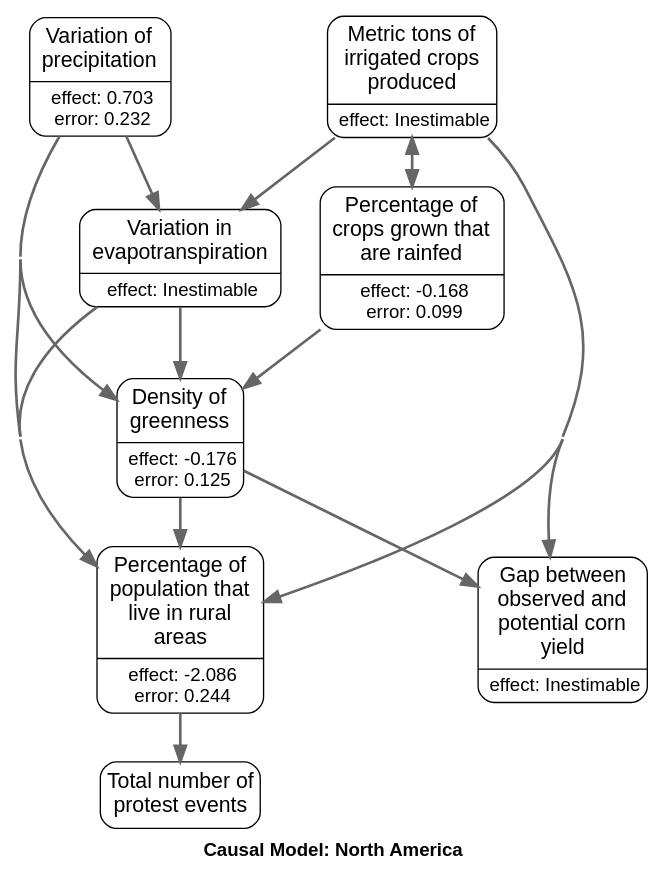
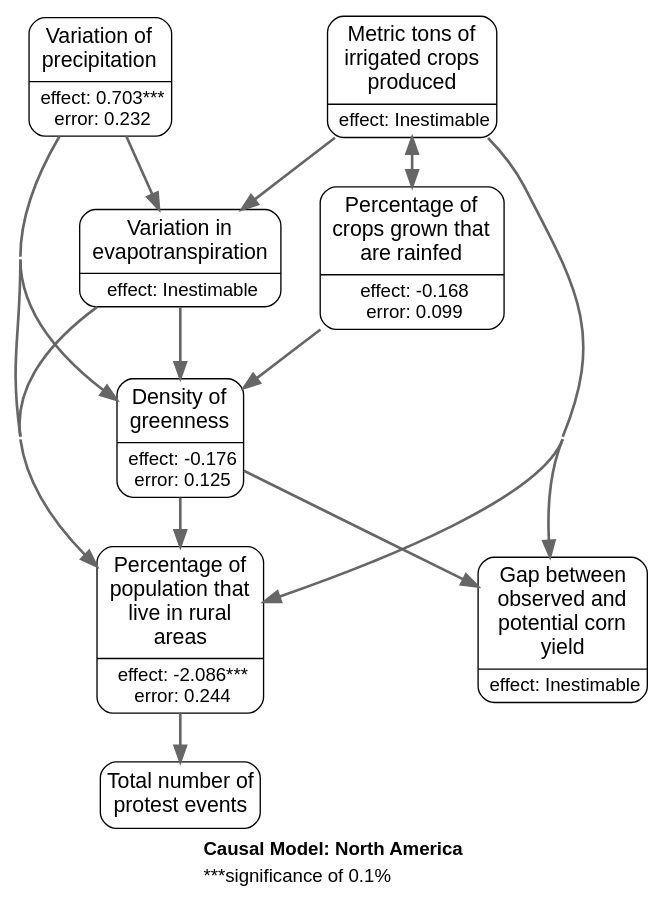
One commit to wri/wri-wpsi changed the diagram in app/javascript/images/regions/causal_graphs/north_america.gv. Above: the diagram before and after it, drawn with Graphviz. The commit also changed 10 other files, not shown here.

Commit message:
update significance graph values

```diff
--- a/app/javascript/images/regions/causal_graphs/north_america.gv
+++ b/app/javascript/images/regions/causal_graphs/north_america.gv
@@ -1,66 +1,66 @@
 # generated file for region: north_america by CausalModelRegionGenerator
 strict digraph causalModel {
 fontname="Helvetica, Arial, sans-serif";
-label=<<TABLE BORDER="0" CELLBORDER="0" CELLSPACING="0"><TR><TD></TD></TR><TR><TD ALIGN="LEFT"><B>Causal Model: North America</B></TD></TR></TABLE>>;
+label=<<TABLE BORDER="0" CELLBORDER="0" CELLSPACING="0"><TR><TD></TD></TR><TR><TD ALIGN="LEFT"><B>Causal Model: North America</B></TD></TR><TR><TD ALIGN="LEFT">***significance of 0.1%</TD></TR></TABLE>>;
 labelloc = b;
 nodesep = 0.4;
 concentrate = true;
 node[shape = Mrecord, fontname = "Helvetica, Arial, sans-serif", margin = "0.10,0.06", penwidth = 1.0];
 edge[arrowsize = 1.2 penwidth = 2 color="#666666"];
 
 # nodes
 rurratio_s [label = <{<table align="center" border="0" cellspacing="1" cellpadding="1">
 <tr><td><font point-size="16">Percentage of<br/>population that<br/>live in rural<br/>areas<br/></font></td></tr>
 </table>
-|<table border="0" cellspacing="1" cellpadding="0.5"><tr><td><font point-size="14">effect: -2.086</font></td></tr>
+|<table border="0" cellspacing="1" cellpadding="0.5"><tr><td><font point-size="14">effect: -2.086***</font></td></tr>
 <tr><td><font point-size="14">error: 0.244</font></td></tr></table>}>, class = rankB];
 et_anom_m_STD_m [label = <{<table align="center" border="0" cellspacing="1" cellpadding="1">
 <tr><td><font point-size="16">Variation in<br/>evapotranspiration<br/></font></td></tr>
 </table>
 |<table border="0" cellspacing="1" cellpadding="0.5"><tr><td><font point-size="14">effect: Inestimable</font></td></tr></table>}>, class = rankB];
 ndvi_act_min_m [label = <{<table align="center" border="0" cellspacing="1" cellpadding="1">
 <tr><td><font point-size="16">Density of<br/>greenness<br/></font></td></tr>
 </table>
 |<table border="0" cellspacing="1" cellpadding="0.5"><tr><td><font point-size="14">effect: -0.176</font></td></tr>
 <tr><td><font point-size="14">error: 0.125</font></td></tr></table>}>, class = rankB];
 spi_3_m [label = <{<table align="center" border="0" cellspacing="1" cellpadding="1">
 <tr><td><font point-size="16">Variation of<br/>precipitation<br/></font></td></tr>
 </table>
-|<table border="0" cellspacing="1" cellpadding="0.5"><tr><td><font point-size="14">effect: 0.703</font></td></tr>
+|<table border="0" cellspacing="1" cellpadding="0.5"><tr><td><font point-size="14">effect: 0.703***</font></td></tr>
 <tr><td><font point-size="14">error: 0.232</font></td></tr></table>}>, class = rankA];
 rainfed_s [label = <{<table align="center" border="0" cellspacing="1" cellpadding="1">
 <tr><td><font point-size="16">Percentage of<br/>crops grown that<br/>are rainfed<br/></font></td></tr>
 </table>
 |<table border="0" cellspacing="1" cellpadding="0.5"><tr><td><font point-size="14">effect: -0.168</font></td></tr>
 <tr><td><font point-size="14">error: 0.099</font></td></tr></table>}>, class = rankB];
 spam_P_i_sum_s [label = <{<table align="center" border="0" cellspacing="1" cellpadding="1">
 <tr><td><font point-size="16">Metric tons of<br/>irrigated crops<br/>produced<br/></font></td></tr>
 </table>
 |<table border="0" cellspacing="1" cellpadding="0.5"><tr><td><font point-size="14">effect: Inestimable</font></td></tr></table>}>, class = rankB];
 yield_gap_maize_s [label = <{<table align="center" border="0" cellspacing="1" cellpadding="1">
 <tr><td><font point-size="16">Gap between<br/>observed and<br/>potential corn<br/>yield<br/></font></td></tr>
 </table>
 |<table border="0" cellspacing="1" cellpadding="0.5"><tr><td><font point-size="14">effect: Inestimable</font></td></tr></table>}>, class = rankB];
 acl_pprt_evnt_m [label = "Total number of
 protest events" class = rankC shape=box style=rounded fontsize="16pt" margin = "0.05,0.10"];
 
 #ranks
 
 
 # links
 rurratio_s -> acl_pprt_evnt_m;
 et_anom_m_STD_m -> rurratio_s;
 et_anom_m_STD_m -> ndvi_act_min_m;
 ndvi_act_min_m -> rurratio_s;
 ndvi_act_min_m -> yield_gap_maize_s;
 spi_3_m -> rurratio_s;
 spi_3_m -> et_anom_m_STD_m;
 spi_3_m -> ndvi_act_min_m;
 rainfed_s -> ndvi_act_min_m;
 rainfed_s -> spam_P_i_sum_s;
 spam_P_i_sum_s -> rurratio_s;
 spam_P_i_sum_s -> et_anom_m_STD_m;
 spam_P_i_sum_s -> rainfed_s;
 spam_P_i_sum_s -> yield_gap_maize_s;
 
 }
```
